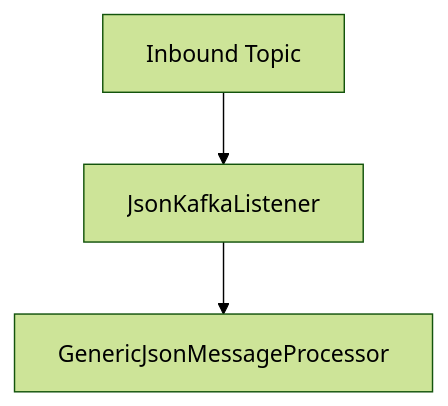
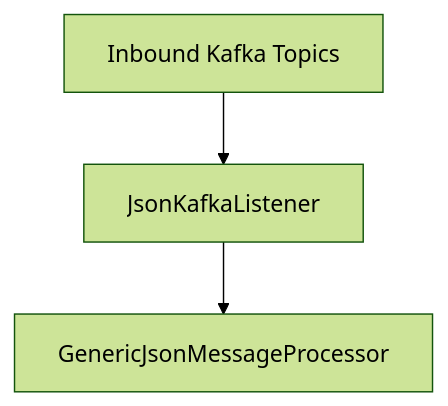
Before and after one commit to Praesto-Pro/openframe-oss-tenant: the second of 6 diagrams in docs/architecture/stream-service-core/stream-service-core.md, drawn with Mermaid (forest theme). The commit also changed other lines of this file and 214 other files, not shown here.

````diff
--- a/docs/architecture/stream-service-core/stream-service-core.md
+++ b/docs/architecture/stream-service-core/stream-service-core.md
@@ -96,5 +110,5 @@
 ```mermaid
 flowchart TD
-    Topic["Inbound Topic"] --> Listener["JsonKafkaListener"]
+    Kafka["Inbound Kafka Topics"] --> Listener["JsonKafkaListener"]
     Listener --> Processor["GenericJsonMessageProcessor"]
 ```
````
